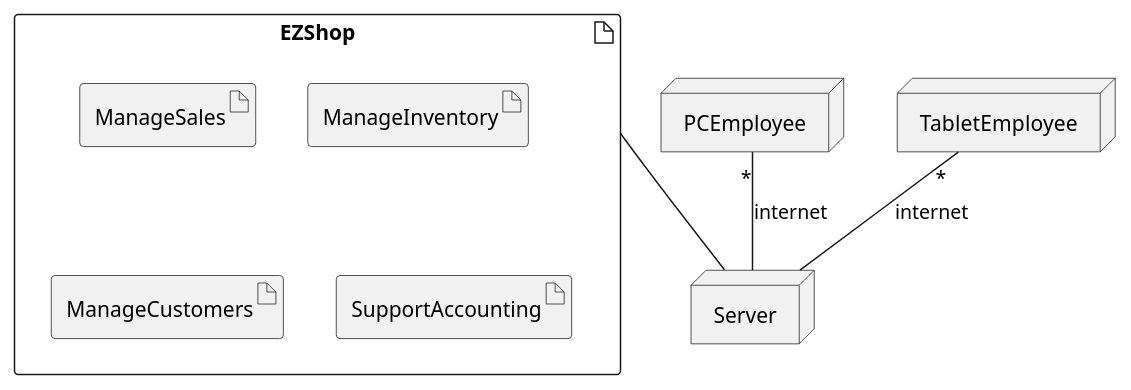
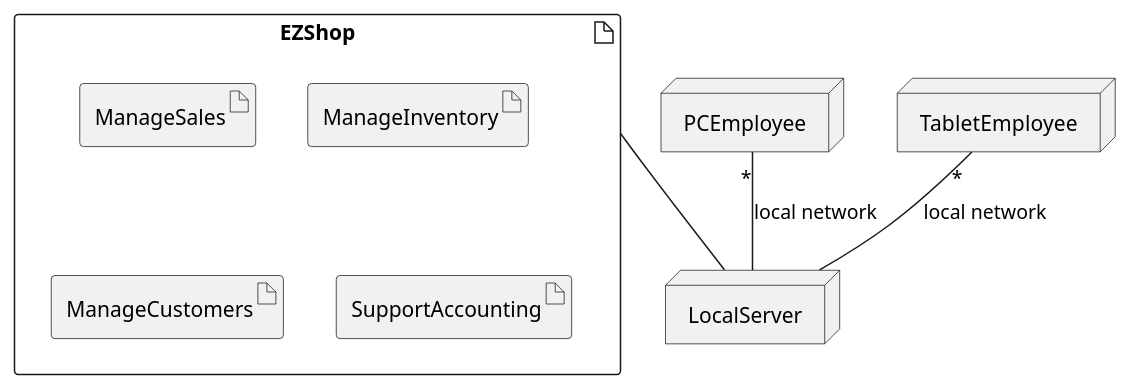
The sixth of 6 diagrams in Deliverables/RequirementsDocument.md (djemar/softeng_ezshop), drawn with PlantUML before and after one commit. The commit also changed other lines of this file, not shown here.

Commit message:
deployment diagram modified

````diff
--- a/Deliverables/RequirementsDocument.md
+++ b/Deliverables/RequirementsDocument.md
@@ -501,14 +498,14 @@
 ```plantuml
-node Server
+node LocalServer
 node PCEmployee
 node TabletEmployee
 artifact EZShop{
   artifact ManageSales
   artifact ManageInventory
   artifact ManageCustomers
   artifact SupportAccounting
 }
-PCEmployee "*" -- Server : internet
-TabletEmployee "*" -- Server : internet
-EZShop -- Server
+PCEmployee "*" -- LocalServer : local network
+TabletEmployee "*" -- LocalServer : local network
+EZShop -- LocalServer
 ```
````
